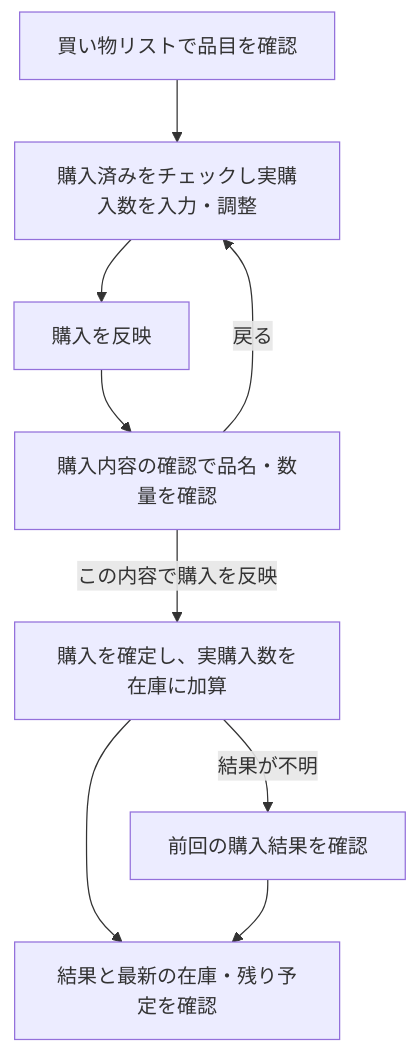
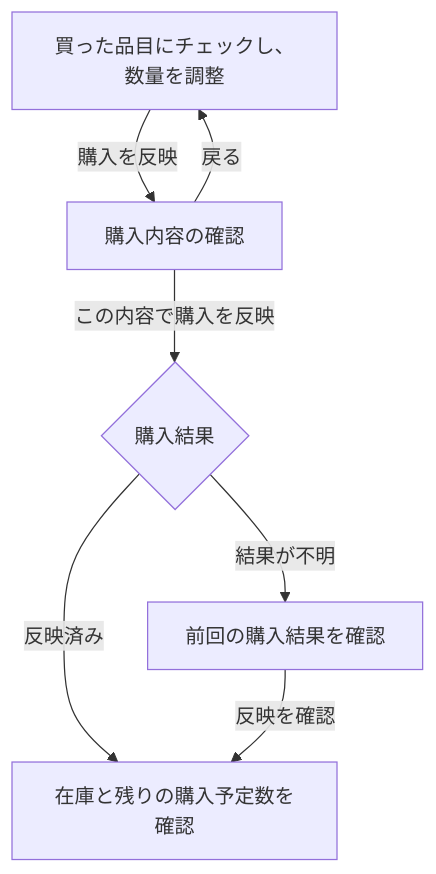
Before and after one commit to yamamotonaoki3/HomeLog: the diagram in docs/details/features/F08_zaiko_shoppinglist.md, drawn with Mermaid. The commit also changed other lines of this file, not shown here.

````diff
--- a/docs/details/features/F08_zaiko_shoppinglist.md
+++ b/docs/details/features/F08_zaiko_shoppinglist.md
@@ -41,11 +28,9 @@
 ```mermaid
 flowchart TD
-    A["買い物リストで品目を確認"] --> B["購入済みをチェックし実購入数を入力・調整"]
-    B --> C["購入を反映"]
-    C --> D["購入内容の確認で品名・数量を確認"]
-    D -- 戻る --> B
-    D -- この内容で購入を反映 --> E["購入を確定し、実購入数を在庫に加算"]
-    E --> F["結果と最新の在庫・残り予定を確認"]
-    E -- 結果が不明 --> G["前回の購入結果を確認"]
-    G --> F
+    A["買った品目にチェックし、数量を調整"] -->|購入を反映| B["購入内容の確認"]
+    B -->|戻る| A
+    B -->|この内容で購入を反映| C{"購入結果"}
+    C -->|反映済み| D["在庫と残りの購入予定数を確認"]
+    C -->|結果が不明| E["前回の購入結果を確認"]
+    E -->|反映を確認| D
 ```
````
